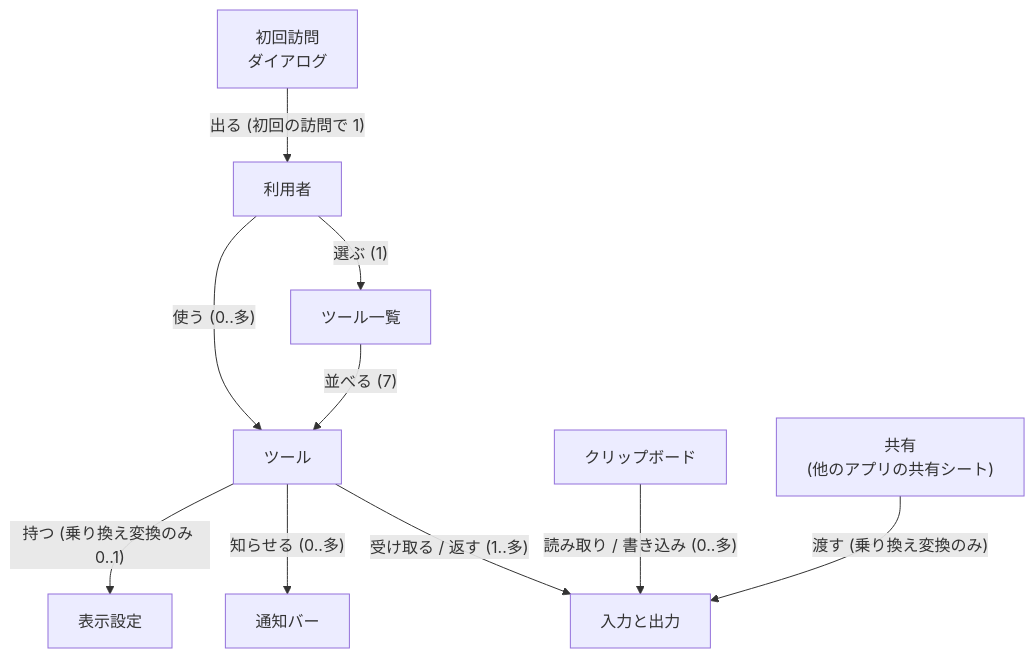
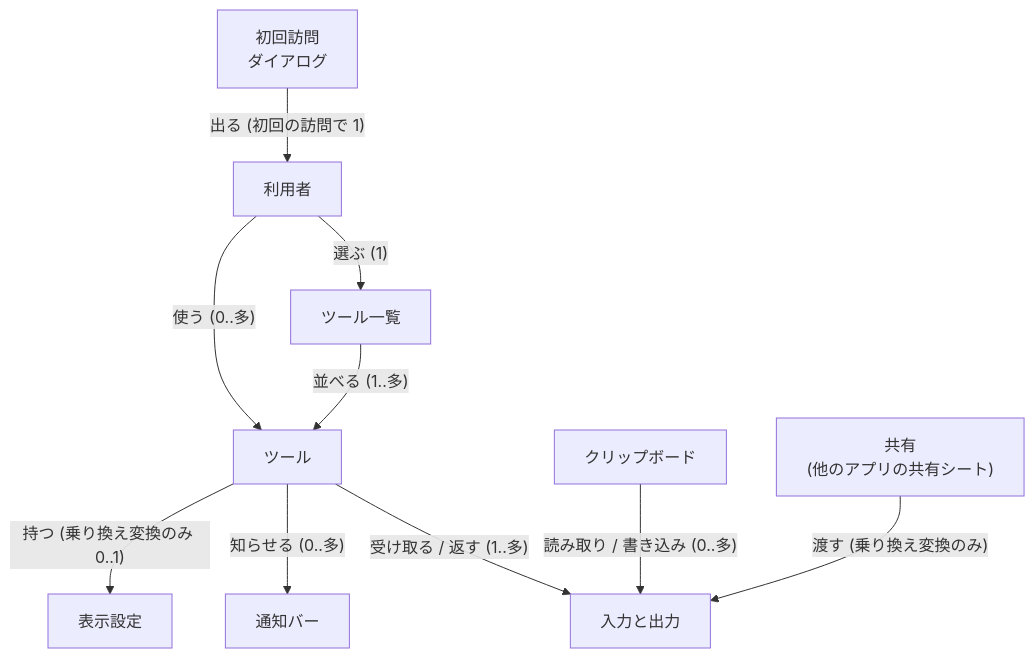
One commit to nagiyu/nagiyu-platform changed the diagram in docs/services/tools/requirements/domain-model.md. Above: the diagram before and after it, drawn with Mermaid. The commit also changed other lines of this file and 18 other files, not shown here.

````diff
--- a/docs/services/tools/requirements/domain-model.md
+++ b/docs/services/tools/requirements/domain-model.md
@@ -26,21 +26,21 @@
 ```mermaid
 flowchart TD
     user[利用者]
     list[ツール一覧]
     tool[ツール]
     io["入力と出力"]
     clip[クリップボード]
     bar[通知バー]
     setting[表示設定]
     share["共有<br/>(他のアプリの共有シート)"]
     dialog["初回訪問<br/>ダイアログ"]
     user -- "選ぶ (1)" --> list
-    list -- "並べる (7)" --> tool
+    list -- "並べる (1..多)" --> tool
     user -- "使う (0..多)" --> tool
     tool -- "受け取る / 返す (1..多)" --> io
     clip -- "読み取り / 書き込み (0..多)" --> io
     tool -- "知らせる (0..多)" --> bar
     tool -- "持つ (乗り換え変換のみ 0..1)" --> setting
     share -- "渡す (乗り換え変換のみ)" --> io
     dialog -- "出る (初回の訪問で 1)" --> user
 ```
````
